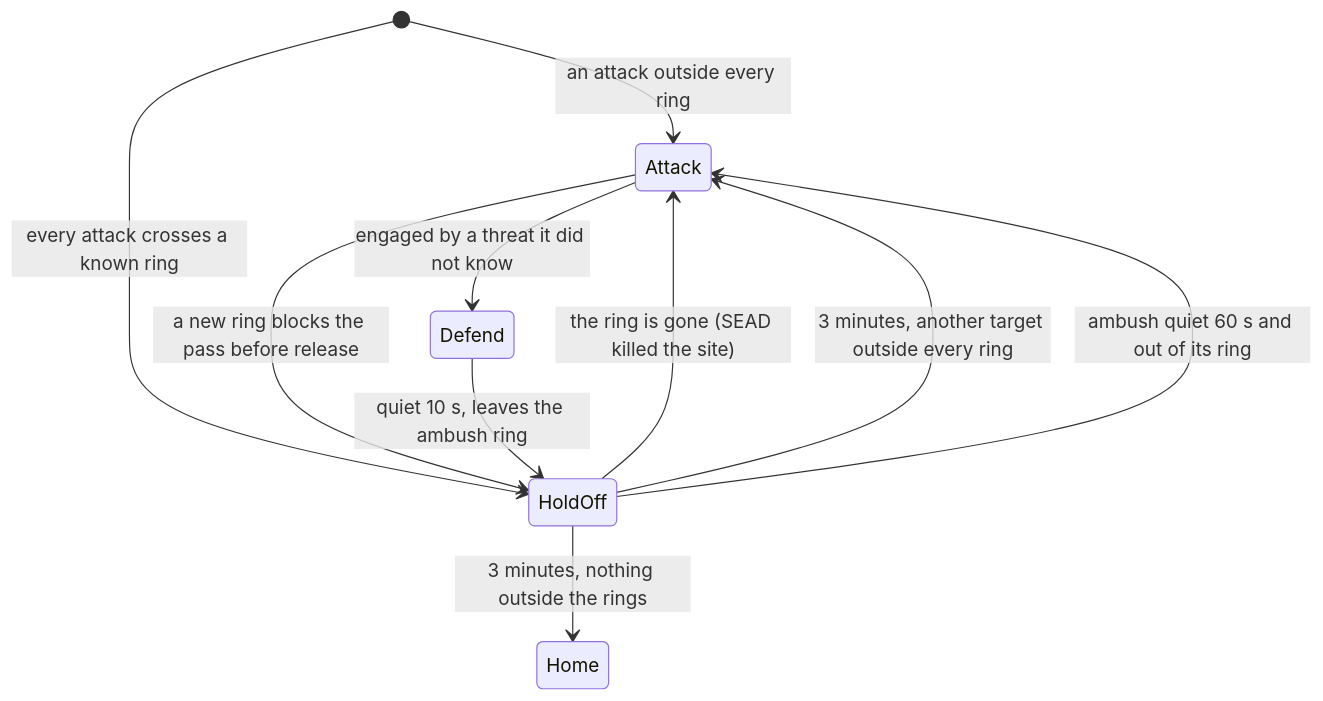
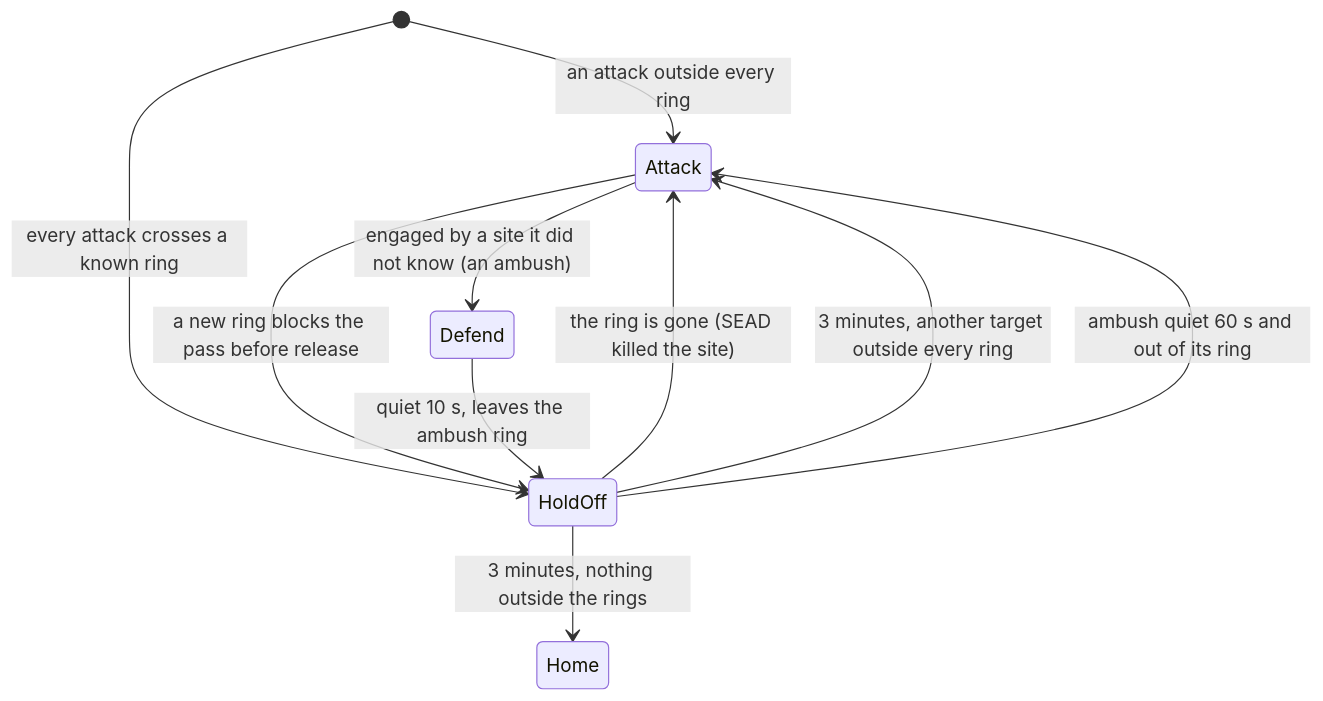
Before and after one commit to john-overton/T.O.R.E-Fighters: the second of 2 diagrams in docs/spec/ai-strike.md, drawn with Mermaid. The commit also changed other lines of this file and 19 other files, not shown here.

````diff
--- a/docs/spec/ai-strike.md
+++ b/docs/spec/ai-strike.md
@@ -700,12 +700,12 @@
 ```mermaid
 stateDiagram-v2
     [*] --> Attack: an attack outside every ring
     [*] --> HoldOff: every attack crosses a known ring
     Attack --> HoldOff: a new ring blocks the pass before release
     HoldOff --> Attack: the ring is gone (SEAD killed the site)
     HoldOff --> Attack: 3 minutes, another target outside every ring
     HoldOff --> Home: 3 minutes, nothing outside the rings
-    Attack --> Defend: engaged by a threat it did not know
+    Attack --> Defend: engaged by a site it did not know (an ambush)
     Defend --> HoldOff: quiet 10 s, leaves the ambush ring
     HoldOff --> Attack: ambush quiet 60 s and out of its ring
 ```
````
